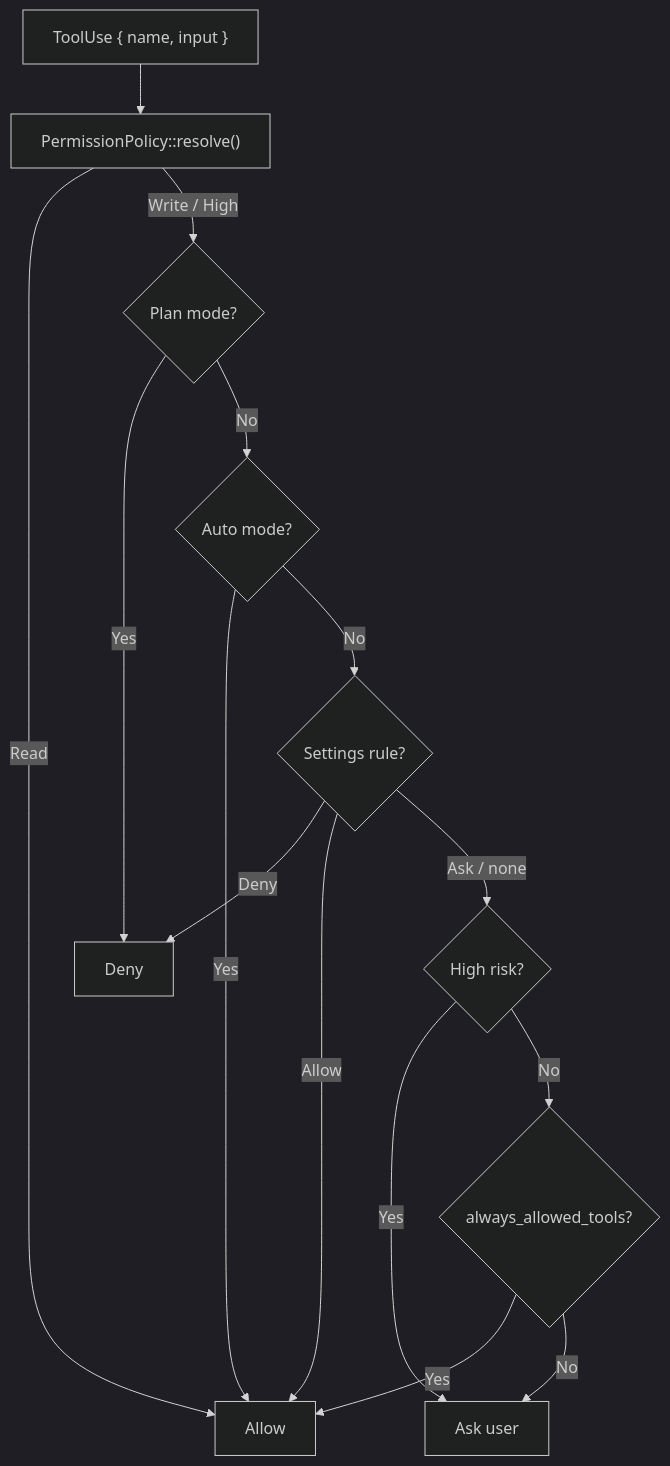
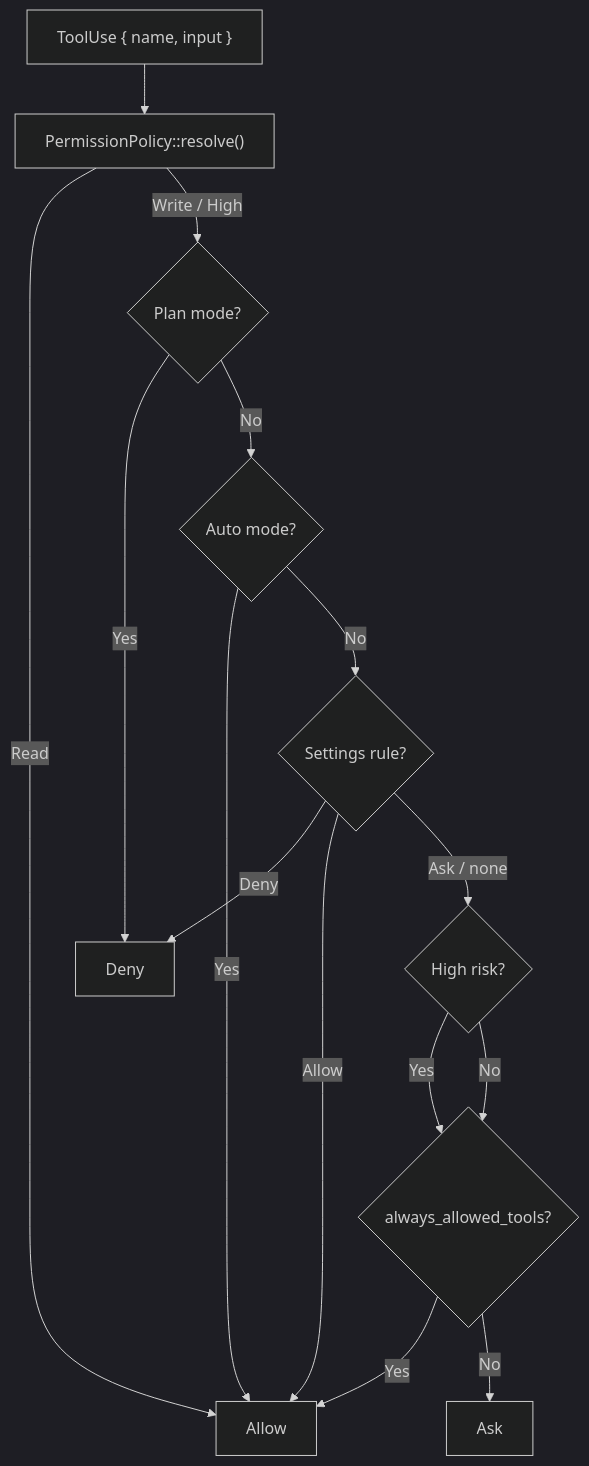
One commit to rust-infra/tact changed the first of 3 diagrams in book/10_chapter_permission.md. Above: the diagram before and after it, drawn with Mermaid (dark theme). The commit also changed other lines of this file and 16 other files, not shown here.

````diff
--- a/book/10_chapter_permission.md
+++ b/book/10_chapter_permission.md
@@ -146,22 +148,22 @@
 ```mermaid
 flowchart TD
     TC["ToolUse { name, input }"] --> Risk["PermissionPolicy::resolve()"]
     Risk -- Read --> Allow["Allow"]
     Risk -- Write / High --> Plan{"Plan mode?"}
 
     Plan -- Yes --> Deny["Deny"]
     Plan -- No --> Auto{"Auto mode?"}
 
     Auto -- Yes --> Allow
     Auto -- No --> Settings{"Settings rule?"}
 
     Settings -- Deny --> Deny
     Settings -- Allow --> Allow
     Settings -- Ask / none --> High{"High risk?"}
 
-    High -- Yes --> Ask["Ask user"]
-    High -- No --> AllowList{"always_allowed_tools?"}
+    High -- Yes --> AllowList{"always_allowed_tools?"}
+    High -- No --> AllowList
 
     AllowList -- Yes --> Allow
     AllowList -- No --> Ask
 ```
````
